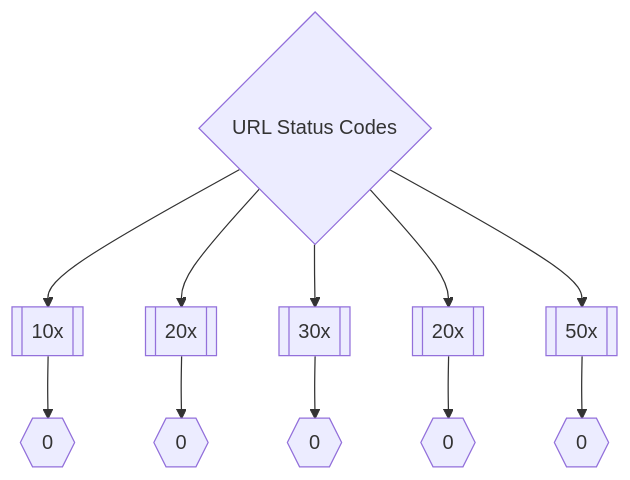
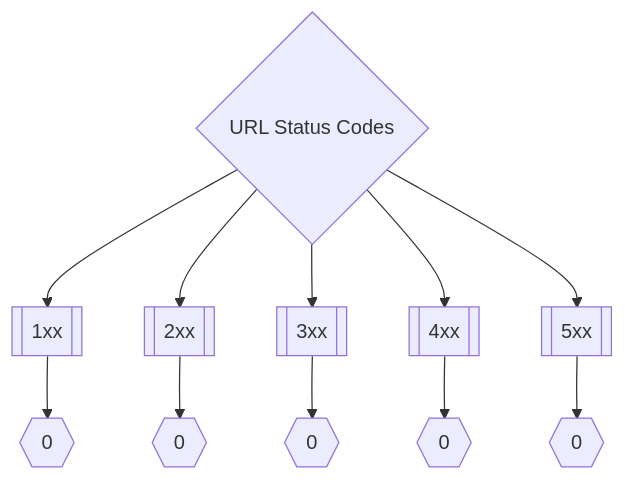
One commit to trickest/inventory changed the second of 3 diagrams in README.md. Above: the diagram before and after it, drawn with Mermaid. The commit also changed other lines of this file, not shown here.

Commit message:
Update mermaid graphs

````diff
--- a/README.md
+++ b/README.md
@@ -21,8 +21,8 @@
 ```mermaid
 graph TD
-title{URL Status Codes} --> 10x[[10x]] --> Num10x{{0}}
-title --> 20x[[20x]] --> status20xNum{{0}}
-title --> 30x[[30x]] --> status30xNum{{0}}
-title --> 40x[[20x]] --> status40xNum{{0}}
-title --> 50x[[50x]] --> status50xNum{{0}}
+title{URL Status Codes} --> 1xx[[1xx]] --> status1xxNum{{0}}
+title --> 2xx[[2xx]] --> status2xxNum{{0}}
+title --> 3xx[[3xx]] --> status3xxNum{{0}}
+title --> 4xx[[4xx]] --> status4xxNum{{0}}
+title --> 5xx[[5xx]] --> status5xxNum{{0}}
 ```
````
